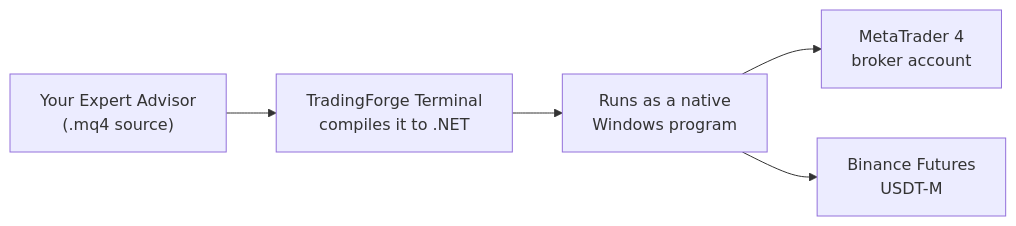
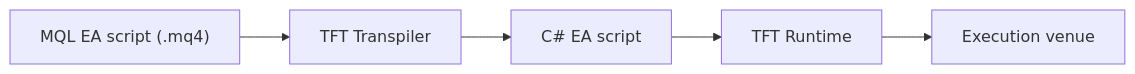
One commit to TradingForge/TFT-releases changed the first of 2 diagrams in README.md. Above: the diagram before and after it, drawn with Mermaid. The commit also changed other lines of this file, not shown here.

````diff
--- a/README.md
+++ b/README.md
@@ -39,7 +45,7 @@
 ```mermaid
 flowchart LR
-    A["Your Expert Advisor<br/>(.mq4 source)"] --> B["TradingForge Terminal<br/>compiles it to .NET"]
-    B --> C["Runs as a native<br/>Windows program"]
-    C --> D["MetaTrader 4<br/>broker account"]
-    C --> E["Binance Futures<br/>USDT-M"]
+    A["MQL EA script (.mq4)"] --> B["TFT Transpiler"]
+    B --> C["C# EA script"]
+    C --> D["TFT Runtime"]
+    D --> E["Execution venue"]
 ```
````
